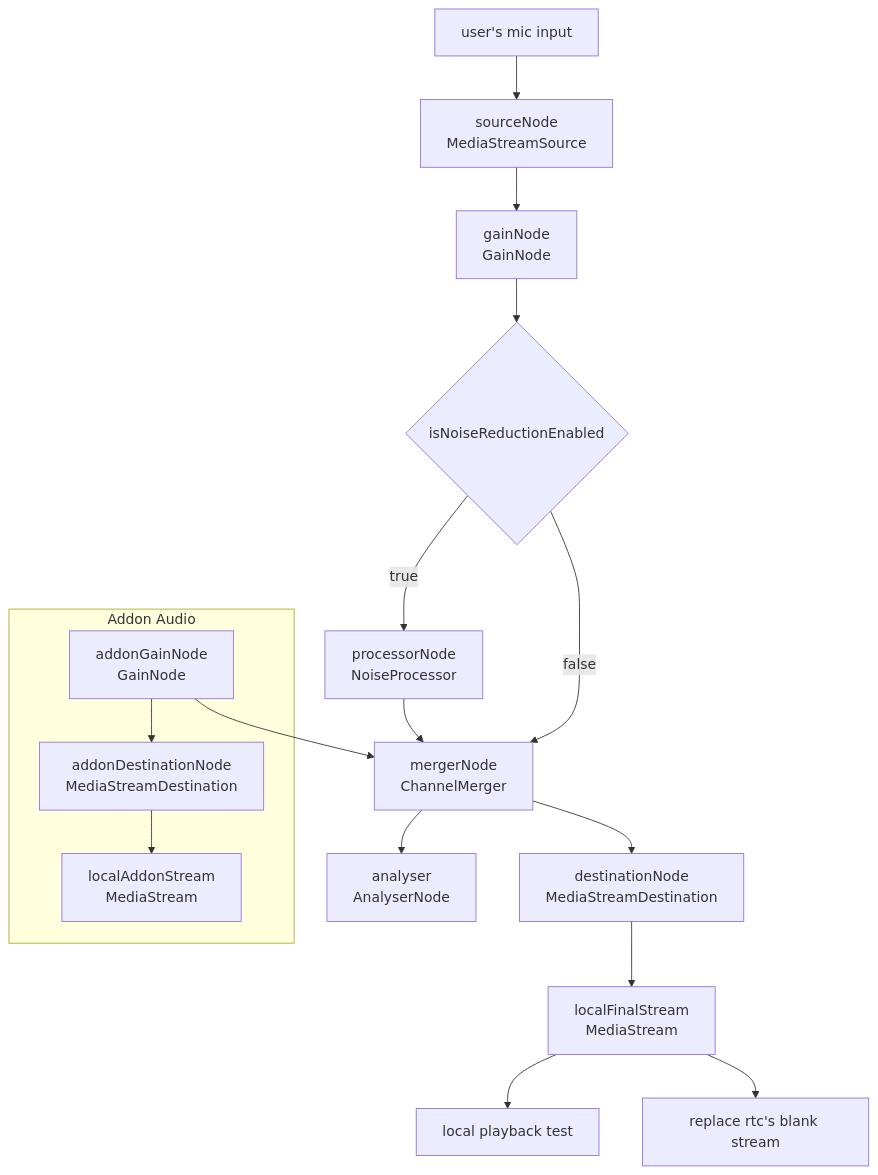
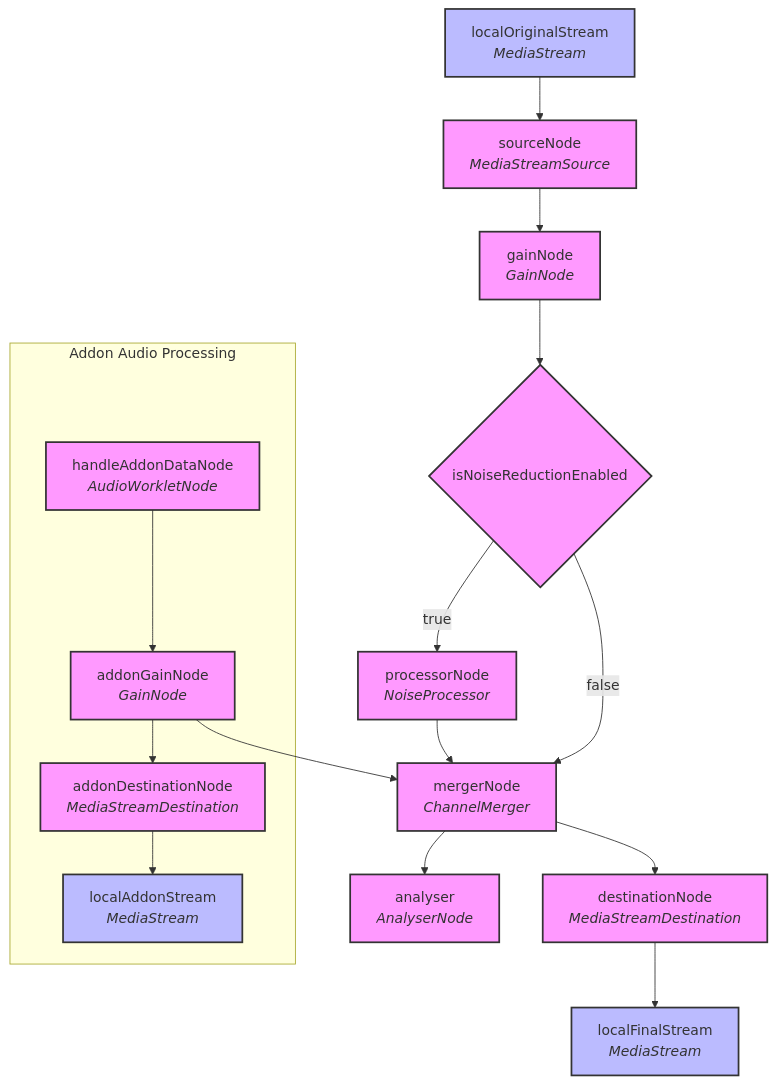
One commit to Need-an-AwP/RelayX changed the diagram in README.md. Above: the diagram before and after it, drawn with Mermaid. The commit also changed 5 other files, not shown here.

Commit message:
audio capture added, update new audio process node mermaid in README.md

````diff
--- a/README.md
+++ b/README.md
@@ -28,24 +28,29 @@
 ```mermaid
 graph TB
-    a[user's mic input] --> A
-    A[sourceNode<br/>MediaStreamSource] --> B[gainNode<br/>GainNode]
+    A["sourceNode<br/><i>MediaStreamSource</i>"] --> B["gainNode<br/><i>GainNode</i>"]
     B --> C{isNoiseReductionEnabled}
-    C -->|true| D[processorNode<br/>NoiseProcessor]
-    D --> E[mergerNode<br/>ChannelMerger]
+    C -->|true| D["processorNode<br/><i>NoiseProcessor</i>"]
+    D --> E["mergerNode<br/><i>ChannelMerger</i>"]
     C -->|false| E
-    E --> F[destinationNode<br/>MediaStreamDestination]
-    E --> G[analyser<br/>AnalyserNode]
     
-    subgraph Addon Audio
-    H[addonGainNode<br/>GainNode] --> I[addonDestinationNode<br/>MediaStreamDestination]
-    I --> K[localAddonStream<br/>MediaStream]
+    subgraph Addon Audio Processing
+        F["handleAddonDataNode<br/><i>AudioWorkletNode</i>"] --> G["addonGainNode<br/><i>GainNode</i>"]
+        G --> H["addonDestinationNode<br/><i>MediaStreamDestination</i>"]
+        H --> I["localAddonStream<br/><i>MediaStream</i>"]
     end
-
-    H --> E
     
-    %% Outputs
-    F --> J[localFinalStream<br/>MediaStream]
+    G --> E
+    E --> J["destinationNode<br/><i>MediaStreamDestination</i>"]
+    E --> K["analyser<br/><i>AnalyserNode</i>"]
     
-    J --> L[local playback test]
-    J --> M[replace rtc's blank stream]
+    %% Final Outputs
+    J --> L["localFinalStream<br/><i>MediaStream</i>"]
+    
+    %% Input Source
+    M["localOriginalStream<br/><i>MediaStream</i>"] --> A
+    
+    %% Style
+    classDef default fill:#f9f,stroke:#333,stroke-width:2px;
+    classDef stream fill:#bbf,stroke:#333,stroke-width:2px;
+    class I,L,M stream;
 ```
````
